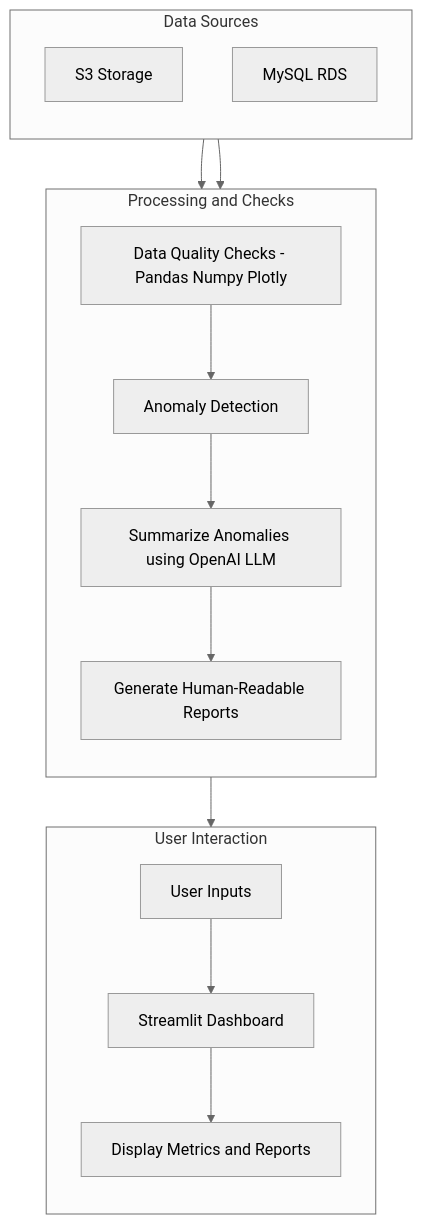
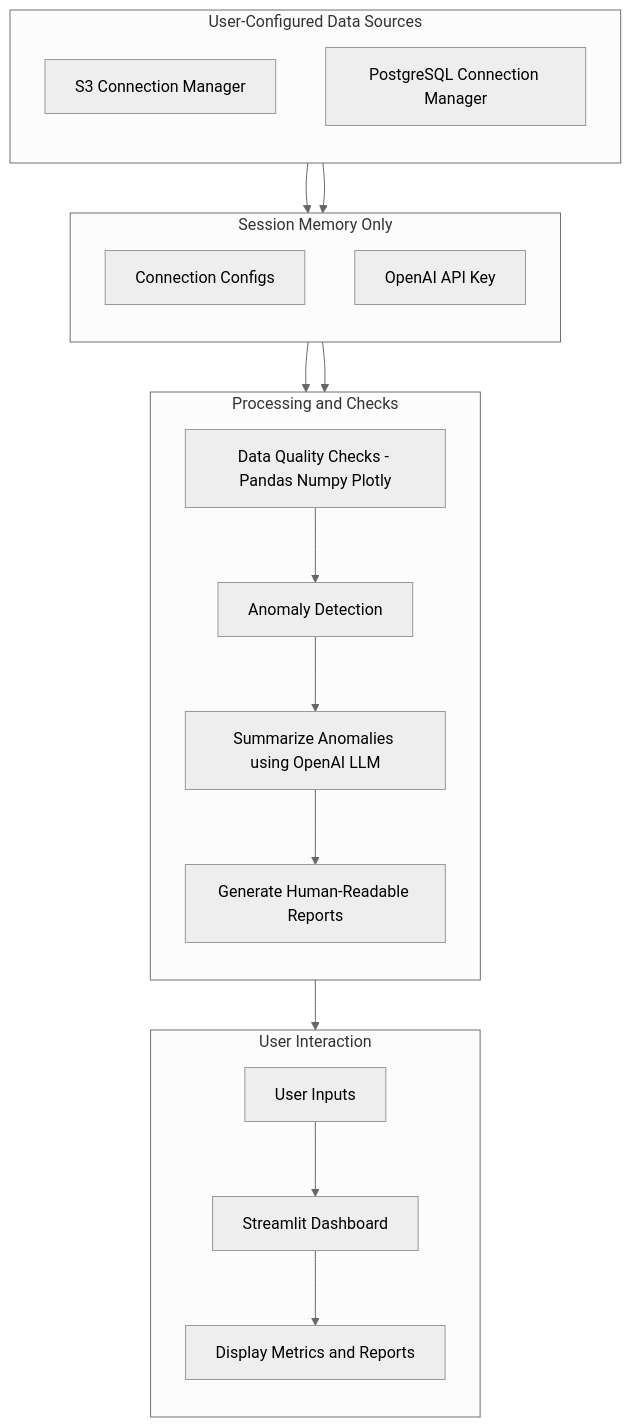
The diagram in README.md (jwteeba/llm-data-quality-monitor), drawn with Mermaid (neutral theme) before and after one commit. The commit also changed other lines of this file and 14 other files, not shown here.

Commit message:
Refactored application | Replace hardcoded MySQL/AWS credentials with user-configurable | Updated UI

````diff
--- a/README.md
+++ b/README.md
@@ -18,29 +17,38 @@
 ```mermaid
 graph TD
     %% User Interaction
     subgraph A[User Interaction]
         direction TB
         A1[User Inputs] --> A2[Streamlit Dashboard]
         A2 --> A3[Display Metrics and Reports]
     end
 
     %% Data Sources
-    subgraph B[Data Sources]
+    subgraph B[User-Configured Data Sources]
         direction TB
-        B1[S3 Storage]
-        B2[MySQL RDS]
+        B1[S3 Connection Manager]
+        B2[PostgreSQL Connection Manager]
+    end
+
+    %% Session State
+    subgraph D[Session Memory Only]
+        direction TB
+        D1[Connection Configs]
+        D2[OpenAI API Key]
     end
 
     %% Data Processing and Checks
     subgraph C[Processing and Checks]
         direction TB
         C1[Data Quality Checks - Pandas Numpy Plotly] --> C2[Anomaly Detection]
         C2 --> C3[Summarize Anomalies using OpenAI LLM]
         C3 --> C4[Generate Human-Readable Reports]
     end
 
     %% Connections
-    B1 --> C1
-    B2 --> C1
+    B1 --> D1
+    B2 --> D1
+    D1 --> C1
+    D2 --> C3
     C4 --> A3
 ```
````
